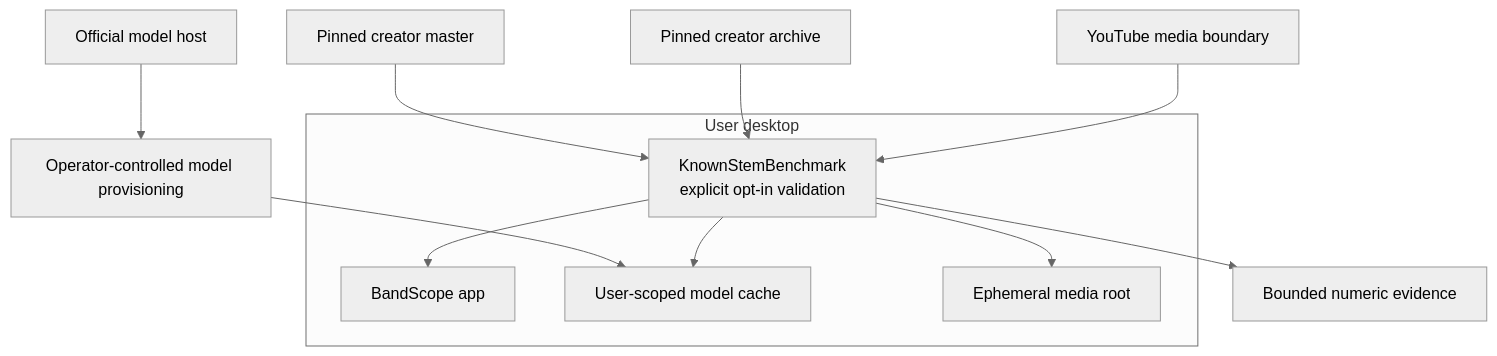
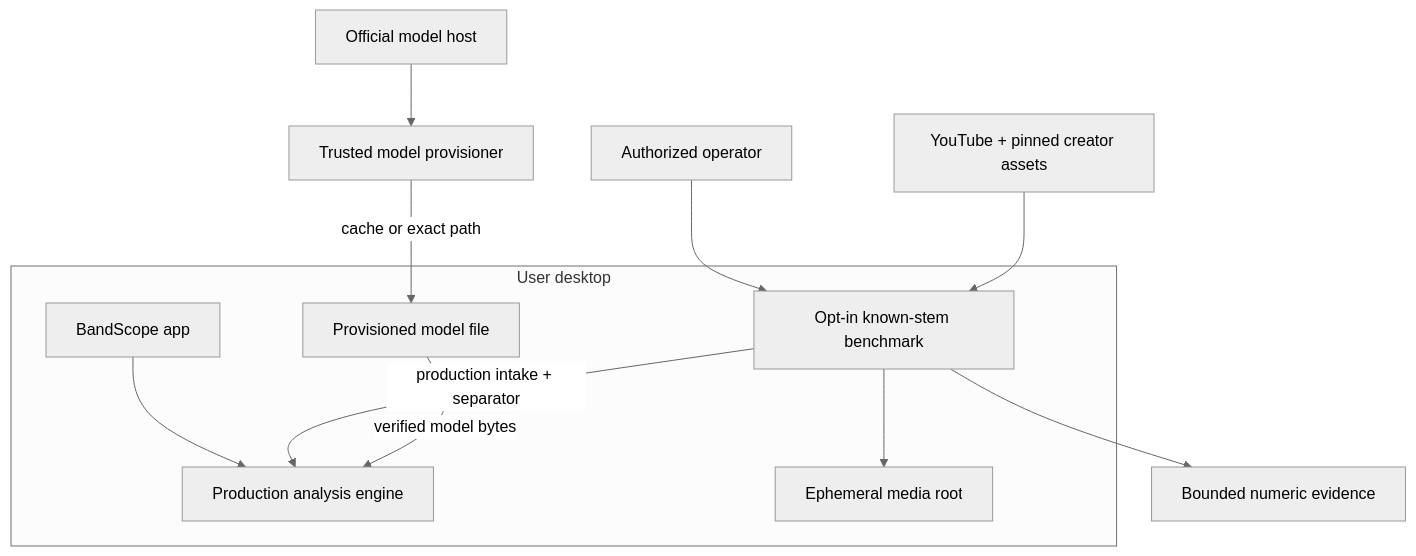
The sixth of 7 diagrams in docs/architecture/diagrams.md (ContextualWisdomLab/bandscope), drawn with Mermaid (neutral theme) before and after one commit. The commit also changed other lines of this file and 40 other files, not shown here.

Commit message:
fix(separation): complete known-stem review hardening

````diff
--- a/docs/architecture/diagrams.md
+++ b/docs/architecture/diagrams.md
@@ -121,18 +130,19 @@
 ```mermaid
 flowchart TB
     subgraph Desktop["User desktop"]
       App["BandScope app"]
-      Benchmark["KnownStemBenchmark<br/>explicit opt-in validation"]
-      Cache["User-scoped model cache"]
+      Benchmark["Opt-in known-stem benchmark"]
+      Engine["Production analysis engine"]
+      ModelFile["Provisioned model file"]
       Temp["Ephemeral media root"]
-      Benchmark --> App
-      Benchmark --> Cache
+      App --> Engine
+      Benchmark -->|"production intake + separator"| Engine
       Benchmark --> Temp
+      ModelFile -->|"verified model bytes"| Engine
     end
-    YouTube["YouTube media boundary"] --> Benchmark
-    Source["Pinned creator archive"] --> Benchmark
-    Master["Pinned creator master"] --> Benchmark
-    Provisioner["Operator-controlled model provisioning"] --> Cache
-    Model["Official model host"] --> Provisioner
+    Operator["Authorized operator"] --> Benchmark
+    Public["YouTube + pinned creator assets"] --> Benchmark
+    Model["Official model host"] --> Provisioner["Trusted model provisioner"]
+    Provisioner -->|"cache or exact path"| ModelFile
     Benchmark --> Evidence["Bounded numeric evidence"]
 ```
````
